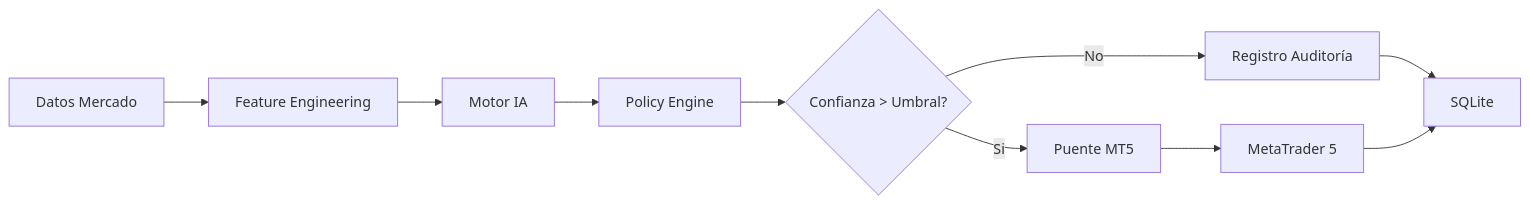
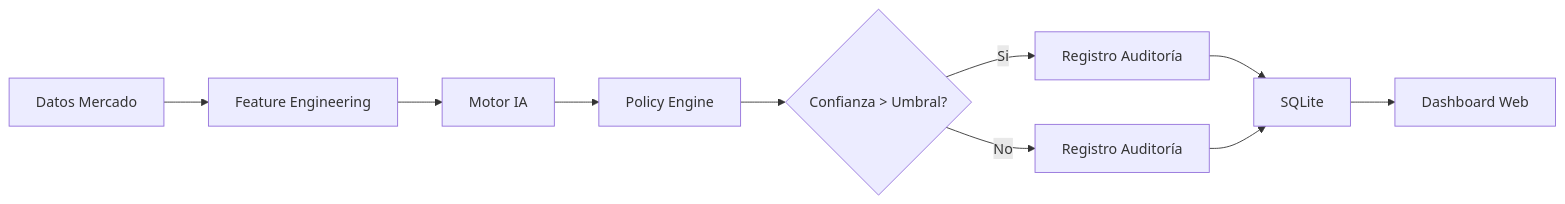
One commit to rumbocrp/LIXTRD changed the diagram in README.md. Above: the diagram before and after it, drawn with Mermaid. The commit also changed other lines of this file and 1 other file, not shown here.

````diff
--- a/README.md
+++ b/README.md
@@ -43,12 +42,12 @@
 ```mermaid
 graph LR
     A[Datos Mercado] --> B[Feature Engineering]
     B --> C[Motor IA]
     C --> D[Policy Engine]
     D --> E{Confianza > Umbral?}
-    E -- Si --> F[Puente MT5]
+    E -- Si --> F[Registro Auditoría]
     E -- No --> G[Registro Auditoría]
-    F --> H[MetaTrader 5]
-    G --> I[SQLite]
-    H --> I
+    F --> H[SQLite]
+    G --> H
+    H --> I[Dashboard Web]
 ```
````
